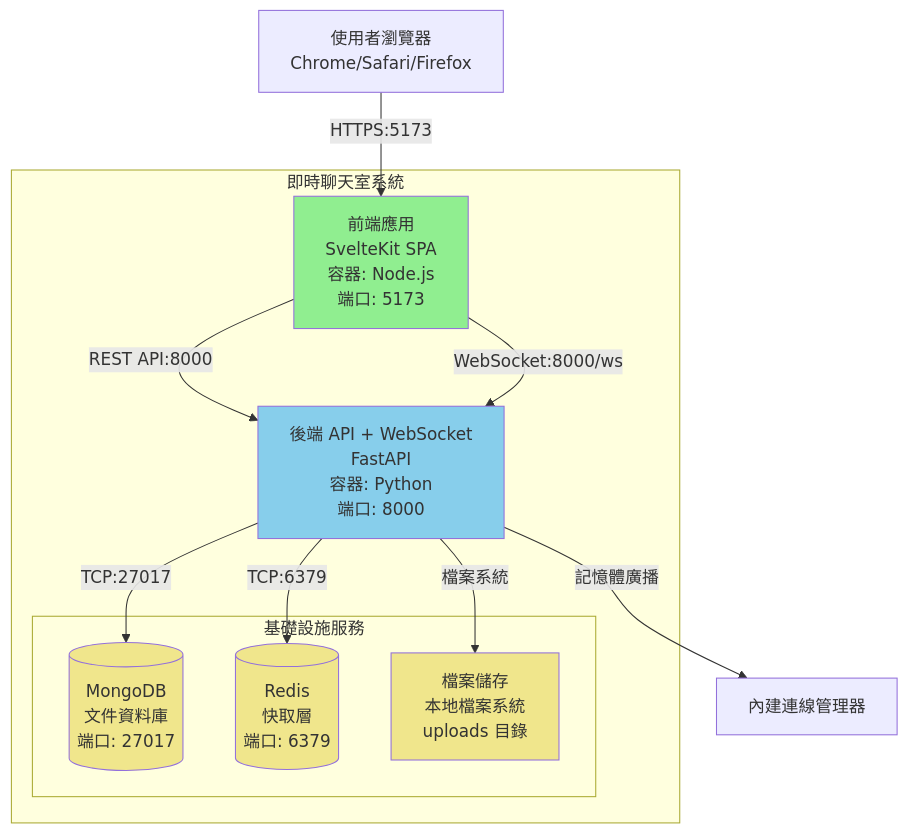
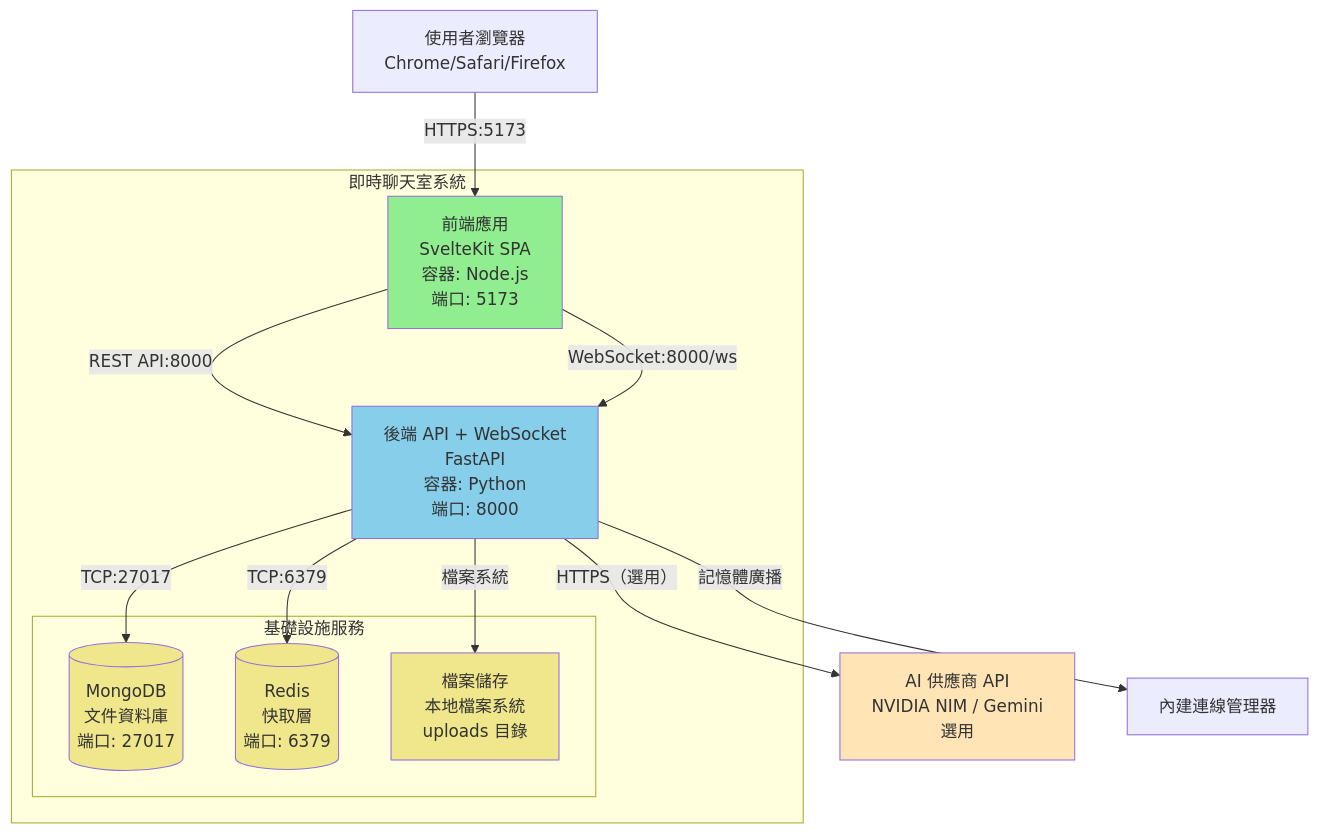
The second of 11 diagrams in docs/c4-architecture.md (twtrubiks/mongo-fastapi-svelte-chat), drawn with Mermaid before and after one commit. The commit also changed other lines of this file and 5 other files, not shown here.

````diff
--- a/docs/c4-architecture.md
+++ b/docs/c4-architecture.md
@@ -72,31 +76,34 @@
 ```mermaid
 graph TB
     subgraph "即時聊天室系統"
         Frontend[前端應用<br/>SvelteKit SPA<br/>容器: Node.js<br/>端口: 5173]
         Backend[後端 API + WebSocket<br/>FastAPI<br/>容器: Python<br/>端口: 8000]
 
         subgraph "基礎設施服務"
             MongoDB[(MongoDB<br/>文件資料庫<br/>端口: 27017)]
             Redis[(Redis<br/>快取層<br/>端口: 6379)]
             FileStorage[檔案儲存<br/>本地檔案系統<br/>uploads 目錄]
         end
     end
 
     User[使用者瀏覽器<br/>Chrome/Safari/Firefox]
+    LLMProvider[AI 供應商 API<br/>NVIDIA NIM / Gemini<br/>選用]
 
     User -->|HTTPS:5173| Frontend
     Frontend -->|REST API:8000| Backend
     Frontend -->|WebSocket:8000/ws| Backend
 
     Backend -->|TCP:27017| MongoDB
     Backend -->|TCP:6379| Redis
     Backend -->|檔案系統| FileStorage
+    Backend -->|HTTPS（選用）| LLMProvider
 
     Backend -->|記憶體廣播| ConnectionManager[內建連線管理器]
 
     style Frontend fill:#90EE90
     style Backend fill:#87CEEB
     style MongoDB fill:#F0E68C
     style Redis fill:#F0E68C
     style FileStorage fill:#F0E68C
+    style LLMProvider fill:#FFE4B5
 ```
````
